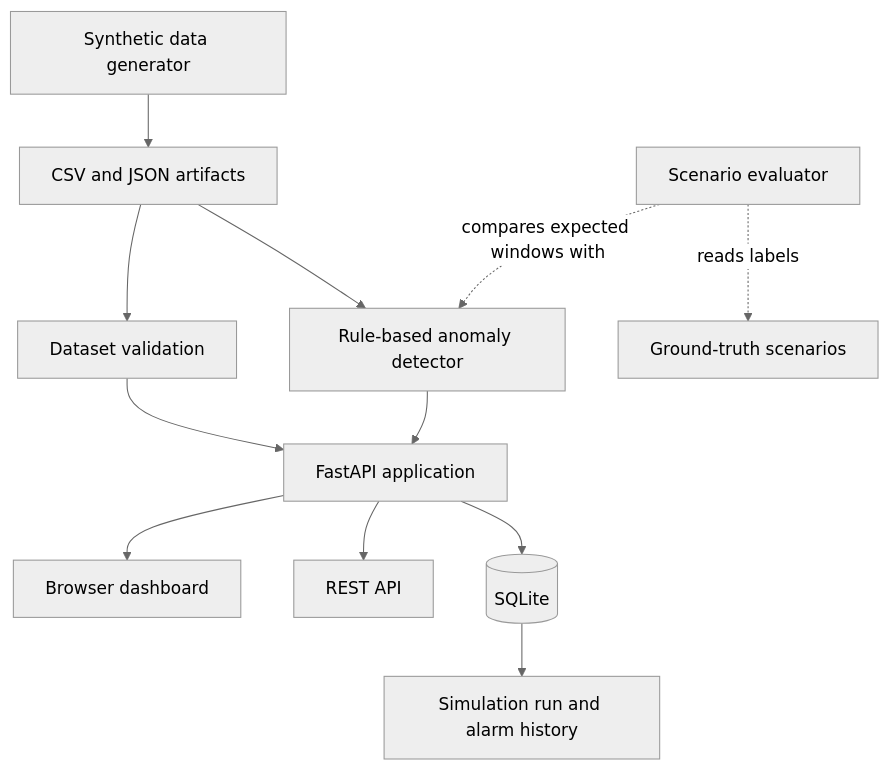
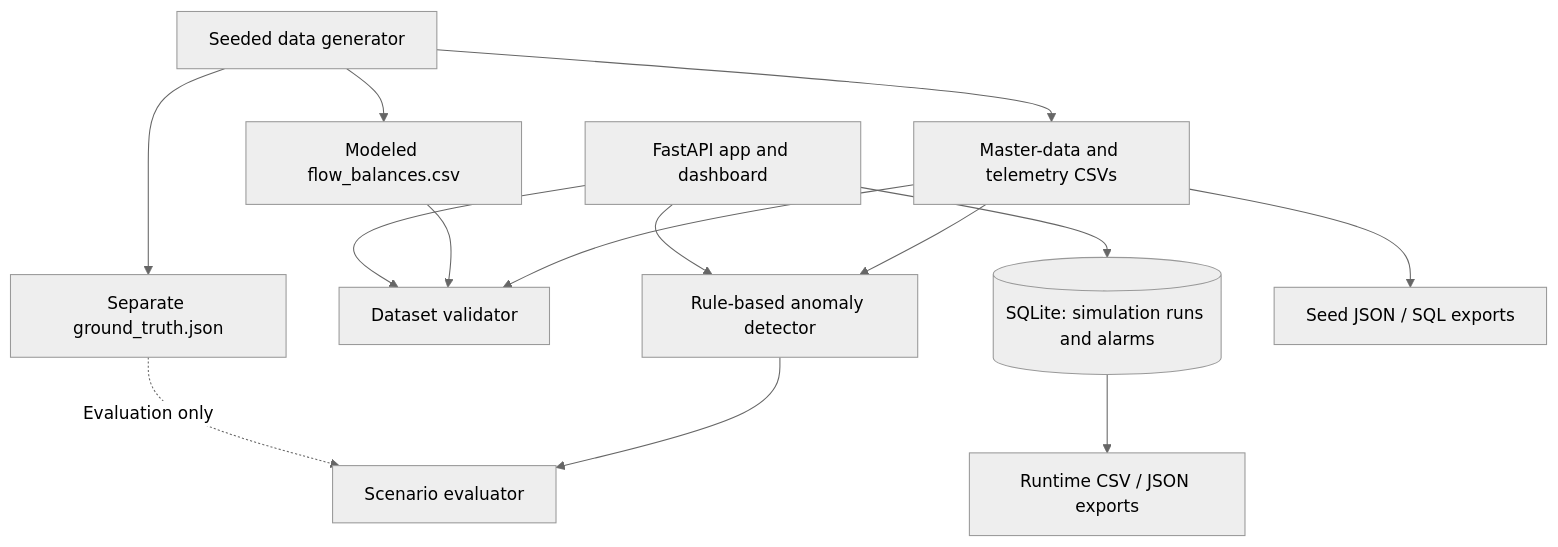
The diagram in README.md (ajaykuraparthi/IndustrialPulse-AI), drawn with Mermaid (neutral theme) before and after one commit. The commit also changed other lines of this file and 16 other files, not shown here.

Commit message:
feat: add data exports and improve validation

````diff
--- a/README.md
+++ b/README.md
@@ -29,15 +42,16 @@
 ```mermaid
 flowchart TD
-    A[Synthetic data generator] --> B[CSV and JSON artifacts]
-    B --> C[Dataset validation]
-    B --> D[Rule-based anomaly detector]
-    C --> E[FastAPI application]
-    D --> E
-    E --> F[Browser dashboard]
-    E --> G[REST API]
-    E --> H[(SQLite)]
-    H --> I[Simulation run and alarm history]
-
-    J[Scenario evaluator] -. reads labels .-> K[Ground-truth scenarios]
-    J -. compares expected windows with .-> D
+    G[Seeded data generator] --> M[Master-data and telemetry CSVs]
+    G --> GT[Separate ground_truth.json]
+    G --> FB[Modeled flow_balances.csv]
+    M --> V[Dataset validator]
+    FB --> V
+    M --> D[Rule-based anomaly detector]
+    D --> E[Scenario evaluator]
+    GT -. Evaluation only .-> E
+    API[FastAPI app and dashboard] --> V
+    API --> D
+    API --> DB[(SQLite: simulation runs and alarms)]
+    M --> EX[Seed JSON / SQL exports]
+    DB --> RX[Runtime CSV / JSON exports]
 ```
````
